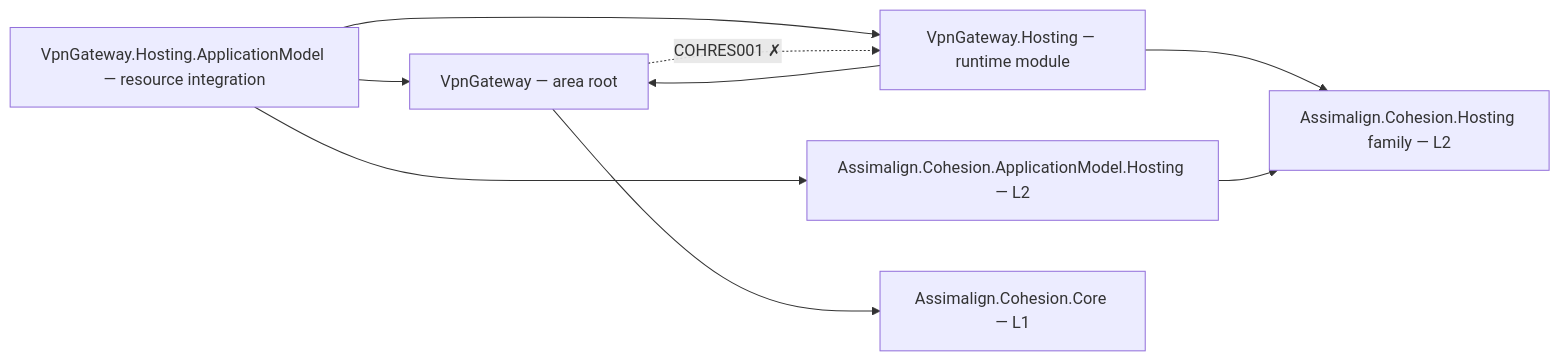
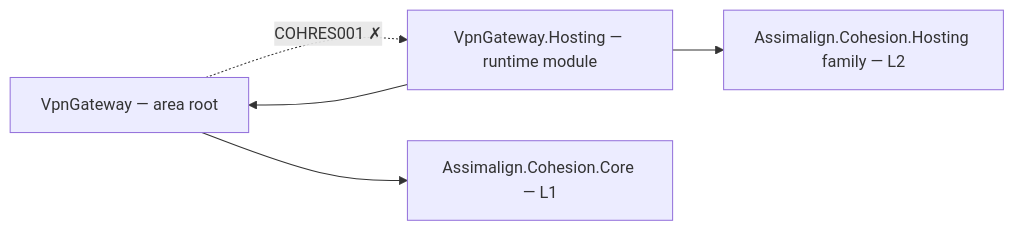
One commit to assimalign/cohesion changed the diagram in resources/VpnGateway/README.md. Above: the diagram before and after it, drawn with Mermaid. The commit also changed other lines of this file and 141 other files, not shown here.

First line of the commit message:
docs(application-model): remove the old model from rules and docs

````diff
--- a/resources/VpnGateway/README.md
+++ b/resources/VpnGateway/README.md
@@ -12,17 +12,11 @@
 ```mermaid
 flowchart LR
     P0["VpnGateway — area root"]
     P2["VpnGateway.Hosting — runtime module"]
-    PAM["VpnGateway.Hosting.ApplicationModel — resource integration"]
-    AMH["Assimalign.Cohesion.ApplicationModel.Hosting — L2"]
     CORE["Assimalign.Cohesion.Core — L1"]
     HOSTFAM["Assimalign.Cohesion.Hosting family — L2"]
     P0 --> CORE
     P2 --> HOSTFAM
     P2 --> P0
-    PAM --> P2
-    PAM --> P0
-    PAM --> AMH
-    AMH --> HOSTFAM
     P0 -.->|"COHRES001 ✗"| P2
 ```
````
